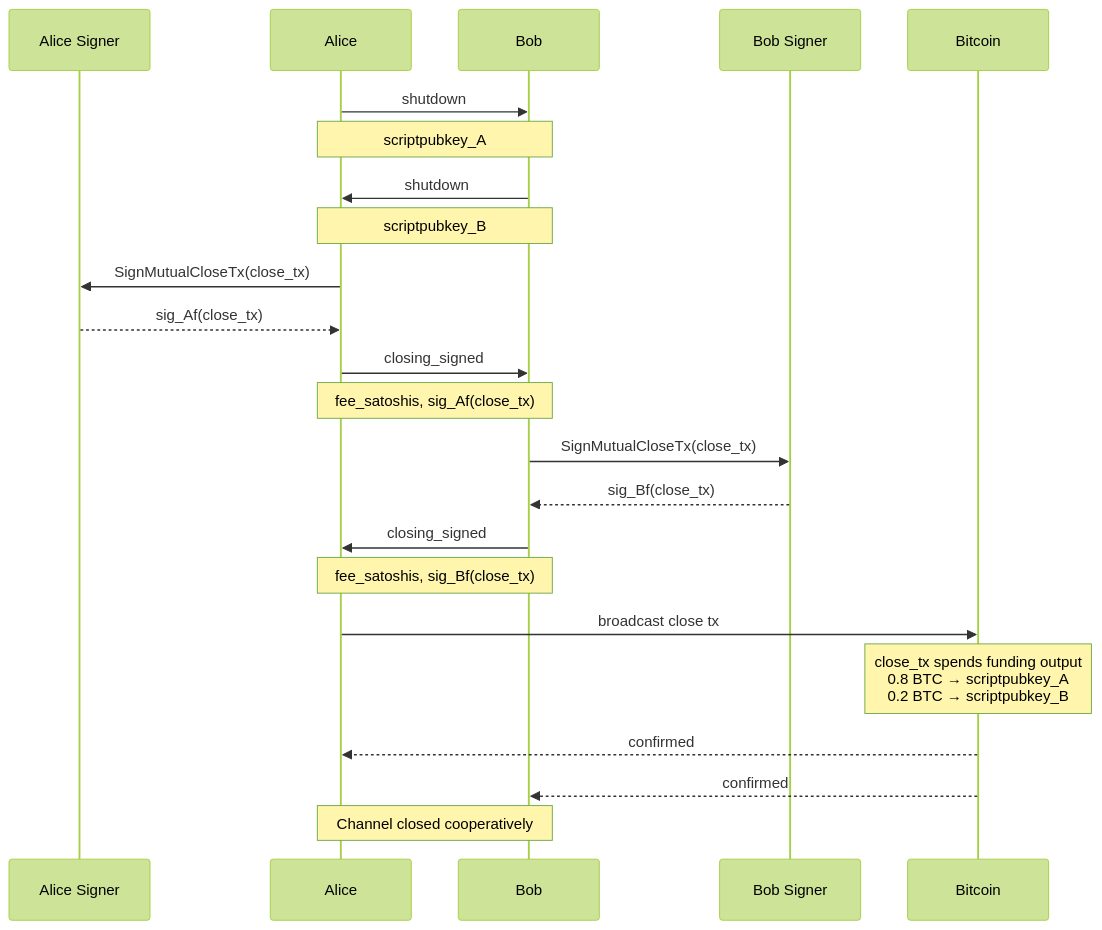
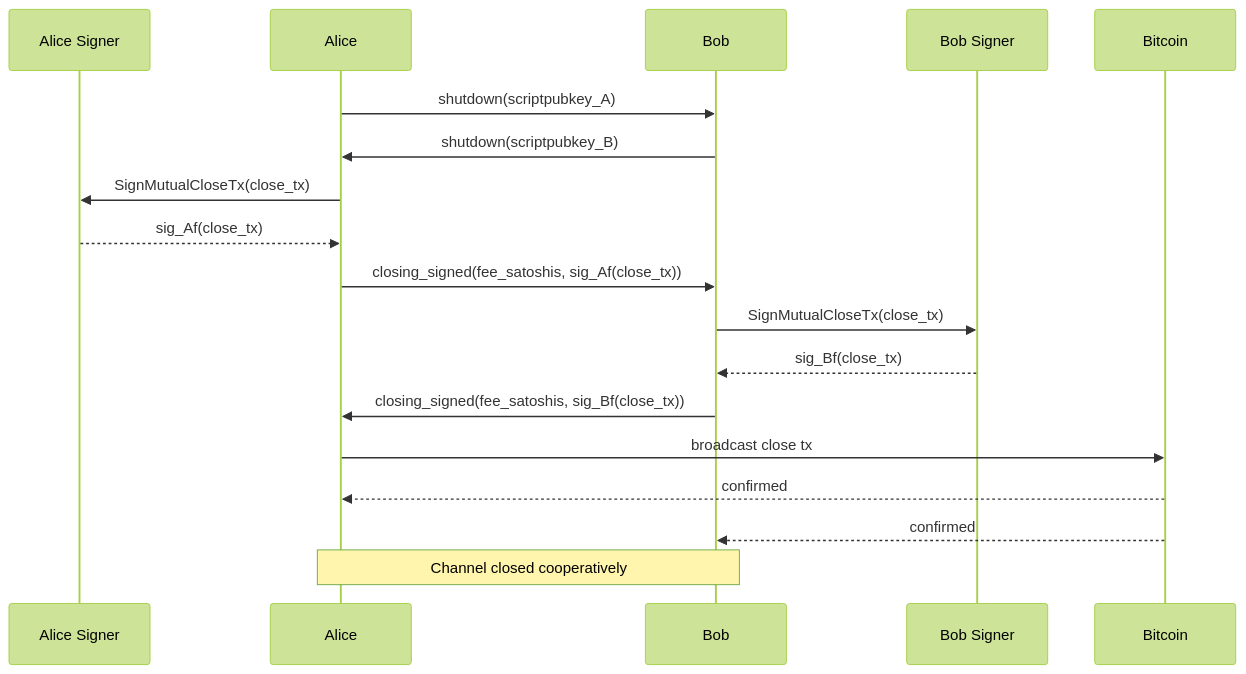
Before and after one commit to dukeh3/vls-arch: the fourth of 4 diagrams in future/01-alice-pays-bob.md, drawn with Mermaid (forest theme). The commit also changed other lines of this file and 4 other files, not shown here.

First line of the commit message:
Add challenges doc, inline params in all diagrams, expand redundancy analysis

````diff
--- a/future/01-alice-pays-bob.md
+++ b/future/01-alice-pays-bob.md
@@ -239,34 +225,28 @@
 ```mermaid
 sequenceDiagram
     participant SignerA as Alice Signer
     participant Alice
     participant Bob
     participant SignerB as Bob Signer
     participant Bitcoin
 
-    Alice->>Bob: shutdown
-    Note over Alice, Bob: scriptpubkey_A
-
-    Bob->>Alice: shutdown
-    Note over Alice, Bob: scriptpubkey_B
+    Alice->>Bob: shutdown(scriptpubkey_A)
+    Bob->>Alice: shutdown(scriptpubkey_B)
 
     Alice->>SignerA: SignMutualCloseTx(close_tx)
     SignerA-->>Alice: sig_Af(close_tx)
 
-    Alice->>Bob: closing_signed
-    Note over Alice, Bob: fee_satoshis, sig_Af(close_tx)
+    Alice->>Bob: closing_signed(fee_satoshis, sig_Af(close_tx))
 
     Bob->>SignerB: SignMutualCloseTx(close_tx)
     SignerB-->>Bob: sig_Bf(close_tx)
 
-    Bob->>Alice: closing_signed
-    Note over Alice, Bob: fee_satoshis, sig_Bf(close_tx)
+    Bob->>Alice: closing_signed(fee_satoshis, sig_Bf(close_tx))
 
     Alice->>Bitcoin: broadcast close tx
-    Note over Bitcoin: close_tx spends funding output<br/>0.8 BTC → scriptpubkey_A<br/>0.2 BTC → scriptpubkey_B
 
     Bitcoin-->>Alice: confirmed
     Bitcoin-->>Bob: confirmed
 
     Note over Alice, Bob: Channel closed cooperatively
 ```
````
